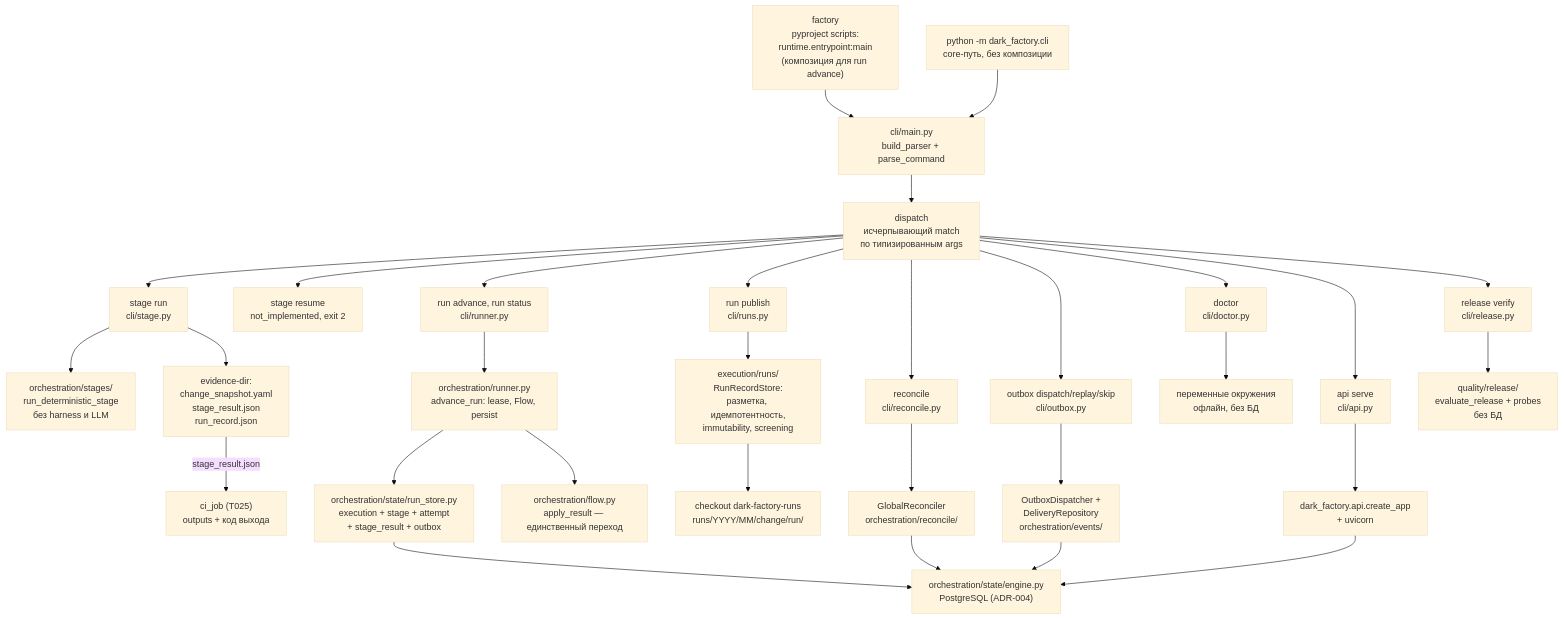
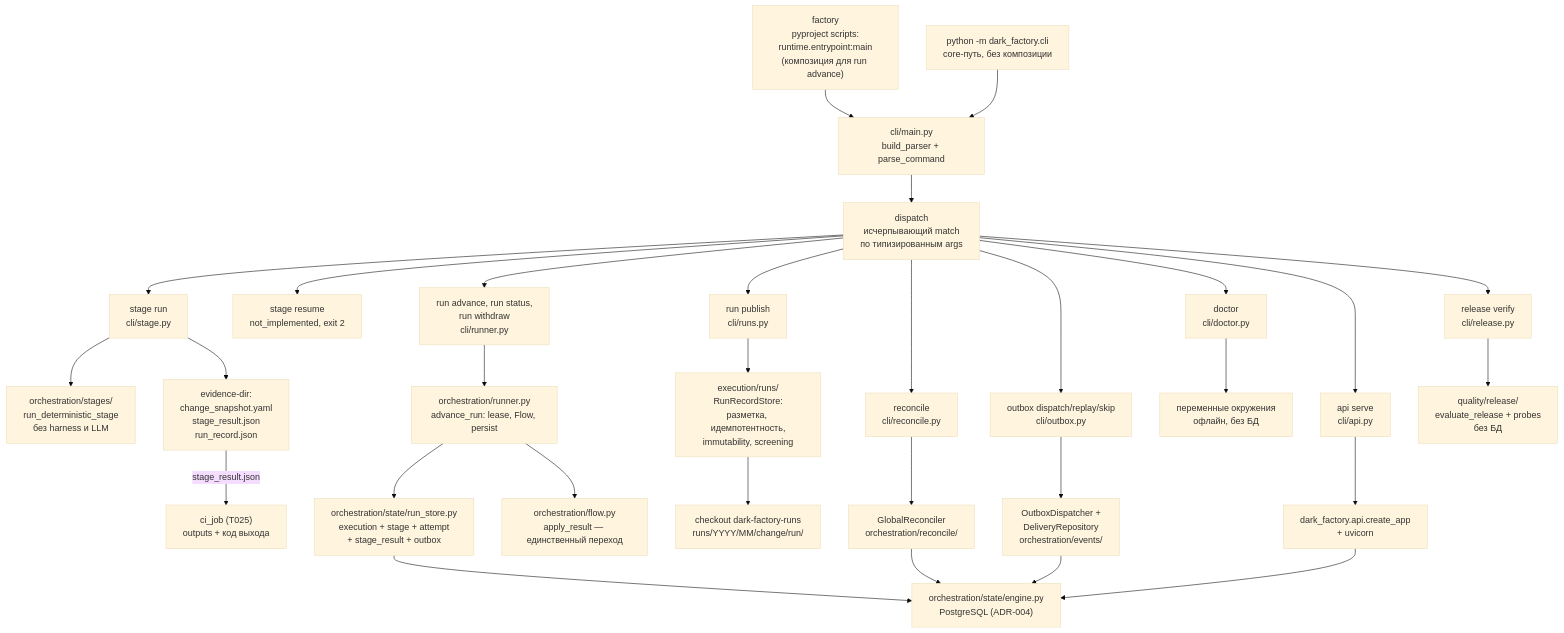
The first of 3 diagrams in docs/descriptions/cli.md (vadagama/dark-factory-mvp), drawn with Mermaid (base theme) before and after one commit. The commit also changed other lines of this file and 14 other files, not shown here.

````diff
--- a/docs/descriptions/cli.md
+++ b/docs/descriptions/cli.md
@@ -31,32 +32,32 @@
 ```mermaid
 flowchart TD
     ENTRY["factory\npyproject scripts:\nruntime.entrypoint:main\n(композиция для run advance)"] --> P["cli/main.py\nbuild_parser + parse_command"]
     CORE["python -m dark_factory.cli\ncore-путь, без композиции"] --> P
     P --> D["dispatch\nисчерпывающий match\nпо типизированным args"]
     D --> SR["stage run\ncli/stage.py"]
     D --> STUB["stage resume\nnot_implemented, exit 2"]
-    D --> ADV["run advance, run status\ncli/runner.py"]
+    D --> ADV["run advance, run status,\nrun withdraw\ncli/runner.py"]
     D --> PUB["run publish\ncli/runs.py"]
     D --> REC["reconcile\ncli/reconcile.py"]
     D --> OUT["outbox dispatch/replay/skip\ncli/outbox.py"]
     D --> DOC["doctor\ncli/doctor.py"]
     D --> APIS["api serve\ncli/api.py"]
     D --> REL["release verify\ncli/release.py"]
     SR --> EX["orchestration/stages/\nrun_deterministic_stage\nбез harness и LLM"]
     SR --> EV["evidence-dir:\nchange_snapshot.yaml\nstage_result.json\nrun_record.json"]
     EV -->|"stage_result.json"| CIJ["ci_job (T025)\noutputs + код выхода"]
     REC --> SVC["GlobalReconciler\norchestration/reconcile/"]
     OUT --> DISP["OutboxDispatcher +\nDeliveryRepository\norchestration/events/"]
     APIS --> APP["dark_factory.api.create_app\n+ uvicorn"]
     REL --> QREL["quality/release/\nevaluate_release + probes\nбез БД"]
     PUB --> RUNS["execution/runs/\nRunRecordStore:\nразметка, идемпотентность,\nimmutability, screening"]
     RUNS --> RUNREPO["checkout dark-factory-runs\nruns/YYYY/MM/change/run/"]
     SVC --> PG["orchestration/state/engine.py\nPostgreSQL (ADR-004)"]
     DISP --> PG
     APP --> PG
     ADV --> RUNNER["orchestration/runner.py\nadvance_run: lease, Flow, persist"]
     RUNNER --> RSTORE["orchestration/state/run_store.py\nexecution + stage + attempt\n+ stage_result + outbox"]
     RUNNER --> FLOWD["orchestration/flow.py\napply_result — единственный переход"]
     RSTORE --> PG
     DOC --> ENV["переменные окружения\nофлайн, без БД"]
 ```
````
